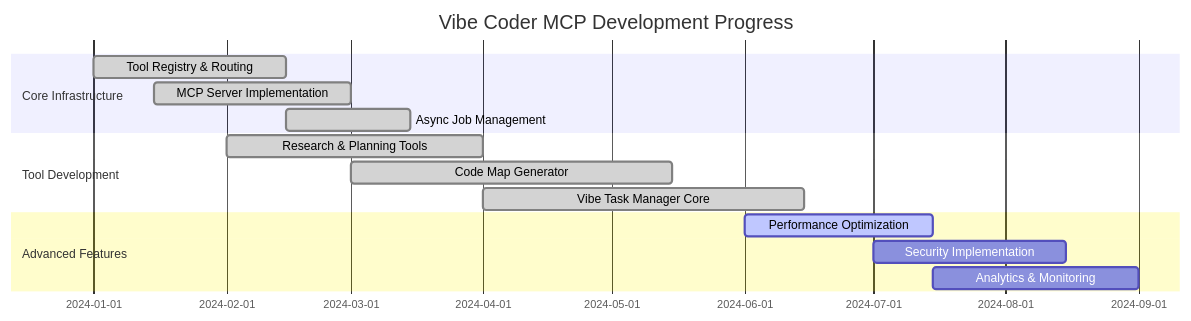
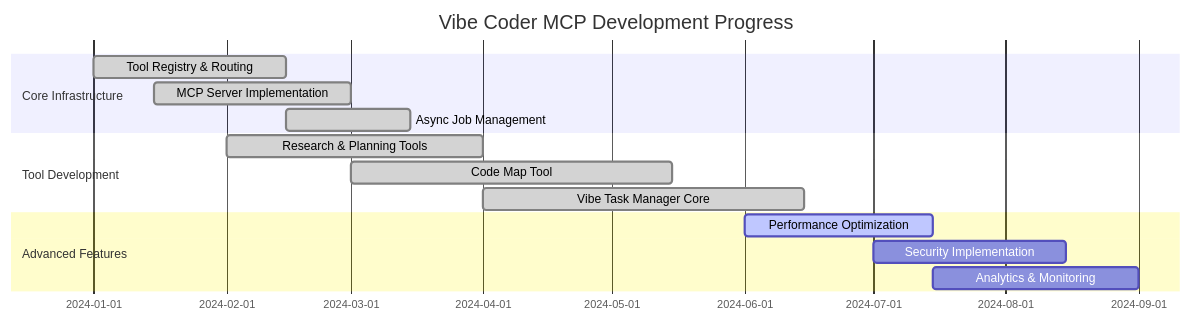
One commit to tektite-io/Vibe-Coder-MCP changed the seventh of 7 diagrams in README.md. Above: the diagram before and after it, drawn with Mermaid. The commit also changed other lines of this file and 457 other files, not shown here.

````diff
--- a/README.md
+++ b/README.md
@@ -896,19 +922,19 @@
 ```mermaid
 gantt
     title Vibe Coder MCP Development Progress
     dateFormat  YYYY-MM-DD
     section Core Infrastructure
     Tool Registry & Routing    :done, epic1, 2024-01-01, 2024-02-15
     MCP Server Implementation  :done, epic2, 2024-01-15, 2024-03-01
     Async Job Management       :done, epic3, 2024-02-15, 2024-03-15
 
     section Tool Development
     Research & Planning Tools  :done, epic4, 2024-02-01, 2024-04-01
-    Code Map Generator         :done, epic5, 2024-03-01, 2024-05-15
+    Code Map Tool              :done, epic5, 2024-03-01, 2024-05-15
     Vibe Task Manager Core     :done, epic6, 2024-04-01, 2024-06-15
 
     section Advanced Features
     Performance Optimization   :active, epic7, 2024-06-01, 2024-07-15
     Security Implementation    :epic8, 2024-07-01, 2024-08-15
     Analytics & Monitoring     :epic9, 2024-07-15, 2024-09-01
 ```
````
